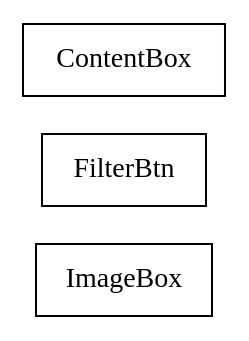
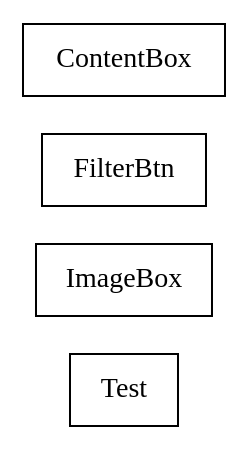
The diagram in docs/com/sekati/demo/classes.dot (sekati/sasapi), drawn with Graphviz before and after one commit. The commit also changed 126 other files, not shown here.

```diff
--- a/docs/com/sekati/demo/classes.dot
+++ b/docs/com/sekati/demo/classes.dot
@@ -1,21 +1,27 @@
 strict digraph class_diagram {
   rankdir=LR;
+  TypeTest[
+    label="Test",
+    URL="Test.html",
+    tooltip="com.sekati.demo.Test",
+    shape="record"
+  ];
   TypeImageBox[
     label="ImageBox",
     URL="ImageBox.html",
     tooltip="com.sekati.demo.ImageBox",
     shape="record"
   ];
   TypeFilterBtn[
     label="FilterBtn",
     URL="FilterBtn.html",
     tooltip="com.sekati.demo.FilterBtn",
     shape="record"
   ];
   TypeContentBox[
     label="ContentBox",
     URL="ContentBox.html",
     tooltip="com.sekati.demo.ContentBox",
     shape="record"
   ];
 }
```
